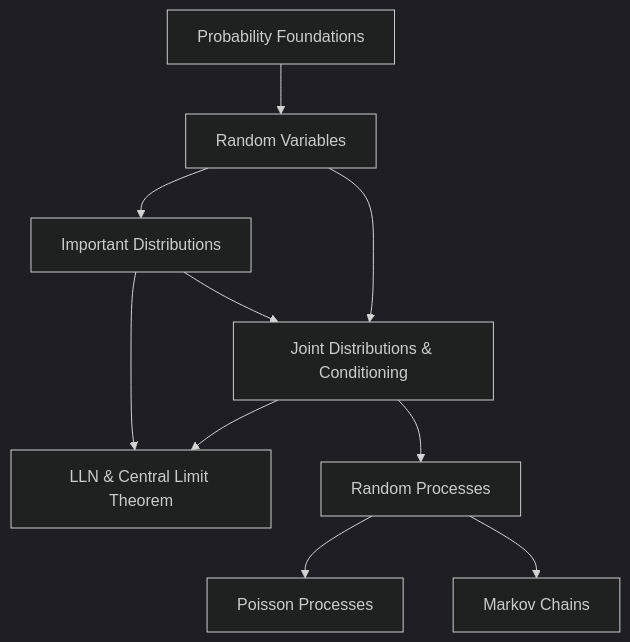
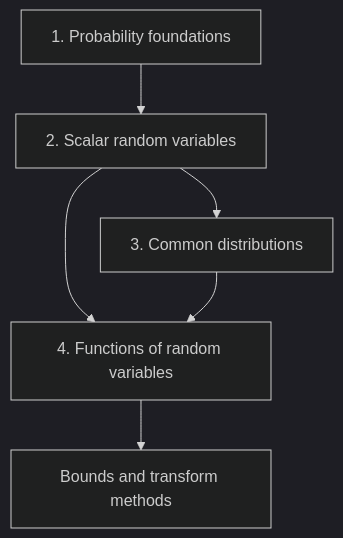
Before and after one commit to Campb3c7/ColinClasses: the diagram in index.md, drawn with Mermaid (dark theme). The commit also changed other lines of this file and 10 other files, not shown here.

````diff
--- a/index.md
+++ b/index.md
@@ -21,12 +21,8 @@
 ```{mermaid}
 flowchart TD
-    A[Probability Foundations] --> B[Random Variables]
-    B --> D[Joint Distributions & Conditioning]
-    B --> C[Important Distributions]
+    A[1. Probability foundations] --> B[2. Scalar random variables]
+    B --> C[3. Common distributions]
+    B --> D[4. Functions of random variables]
     C --> D
-    D --> E[LLN & Central Limit Theorem]
-    C --> E
-    D --> F[Random Processes]
-    F --> G[Poisson Processes]
-    F --> H[Markov Chains]
+    D --> E[Bounds and transform methods]
 ```
````
